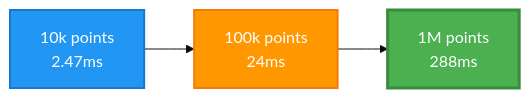
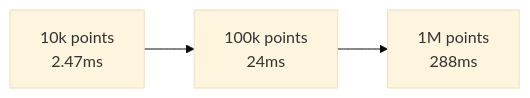
The first of 6 diagrams in docs/benchmarks.md (Pablo997/pulsardb), drawn with Mermaid (base theme) before and after one commit. The commit also changed other lines of this file, not shown here.

Commit message:
Refactor benchmarks documentation by removing unnecessary styling elements from graphs to enhance clarity and focus on performance metrics.

````diff
--- a/docs/benchmarks.md
+++ b/docs/benchmarks.md
@@ -183,8 +183,5 @@
 ```mermaid
 graph LR
     A[10k points<br/>2.47ms] --> B[100k points<br/>24ms]
     B --> C[1M points<br/>288ms]
-    style A fill:#2196F3,stroke:#1976D2,stroke-width:2px,color:#fff
-    style B fill:#FF9800,stroke:#F57C00,stroke-width:2px,color:#fff
-    style C fill:#4CAF50,stroke:#388E3C,stroke-width:3px,color:#fff
 ```
````
